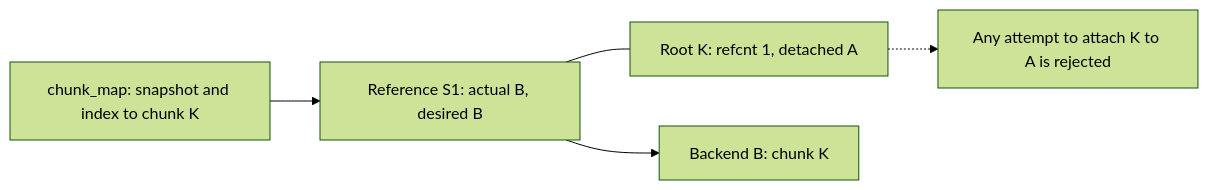
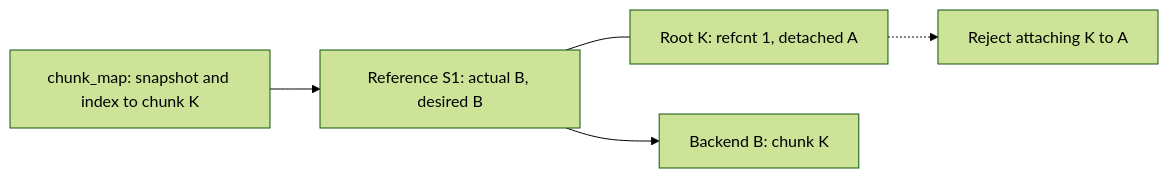
Before and after one commit to ydb-platform/nbs: the second of 10 diagrams in doc/disk_manager/chunk_storage/design_doc.md, drawn with Mermaid (forest theme). The commit also changed other lines of this file, not shown here.

````diff
--- a/doc/disk_manager/chunk_storage/design_doc.md
+++ b/doc/disk_manager/chunk_storage/design_doc.md
@@ -93,7 +89,7 @@
 ```mermaid
 flowchart LR
     Map["chunk_map: snapshot and index to chunk K"] --> Ref["Reference S1: actual B, desired B"]
     Ref --- Root["Root K: refcnt 1, detached A"]
     Ref --> B["Backend B: chunk K"]
-    Root -.-> Denied["Any attempt to attach K to A is rejected"]
+    Root -.-> Denied["Reject attaching K to A"]
 ```
````
